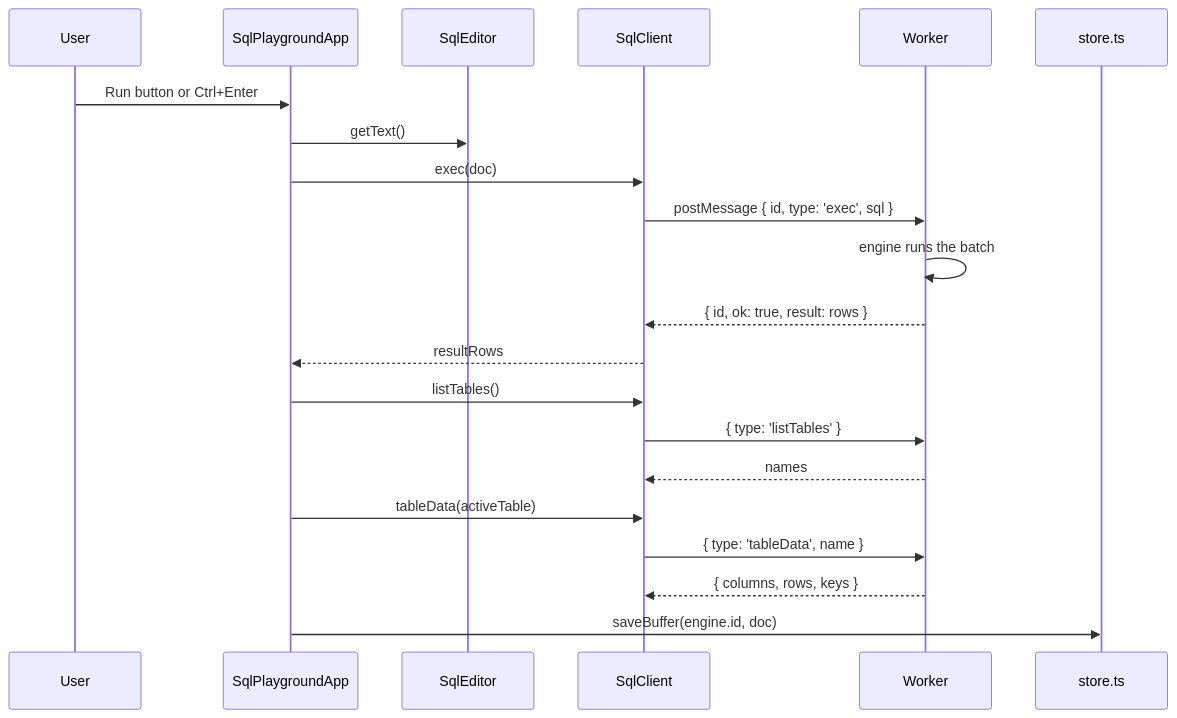
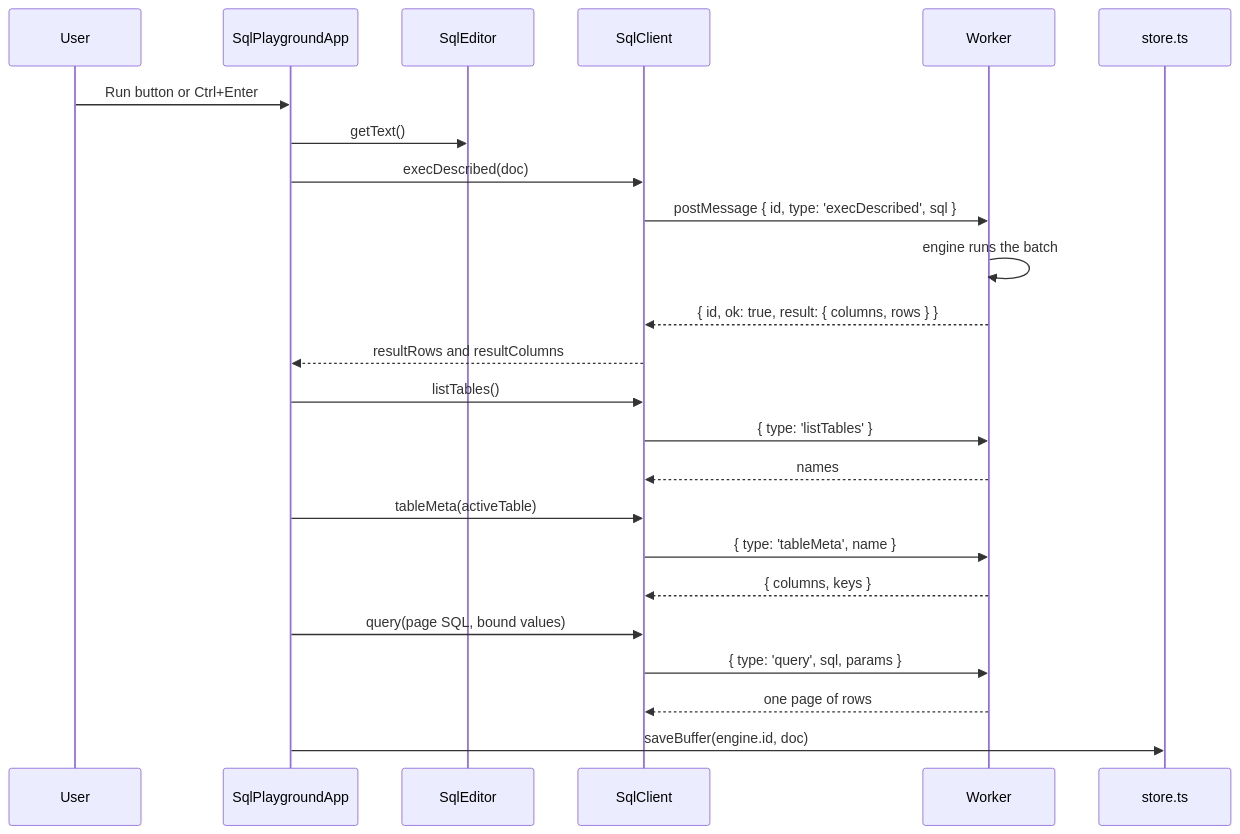
One commit to Kieran-s-Artisnal-Slop-Factory/useful changed the first of 4 diagrams in docs/dev/tools/sql-playground.md. Above: the diagram before and after it, drawn with Mermaid. The commit also changed other lines of this file and 86 other files, not shown here.

````diff
--- a/docs/dev/tools/sql-playground.md
+++ b/docs/dev/tools/sql-playground.md
@@ -76,23 +90,26 @@
 ```mermaid
 sequenceDiagram
   participant U as User
   participant App as SqlPlaygroundApp
   participant Ed as SqlEditor
   participant C as SqlClient
   participant W as Worker
   participant S as store.ts
   U->>App: Run button or Ctrl+Enter
   App->>Ed: getText()
-  App->>C: exec(doc)
-  C->>W: postMessage { id, type: 'exec', sql }
+  App->>C: execDescribed(doc)
+  C->>W: postMessage { id, type: 'execDescribed', sql }
   W->>W: engine runs the batch
-  W-->>C: { id, ok: true, result: rows }
-  C-->>App: resultRows
+  W-->>C: { id, ok: true, result: { columns, rows } }
+  C-->>App: resultRows and resultColumns
   App->>C: listTables()
   C->>W: { type: 'listTables' }
   W-->>C: names
-  App->>C: tableData(activeTable)
-  C->>W: { type: 'tableData', name }
-  W-->>C: { columns, rows, keys }
+  App->>C: tableMeta(activeTable)
+  C->>W: { type: 'tableMeta', name }
+  W-->>C: { columns, keys }
+  App->>C: query(page SQL, bound values)
+  C->>W: { type: 'query', sql, params }
+  W-->>C: one page of rows
   App->>S: saveBuffer(engine.id, doc)
 ```
````
